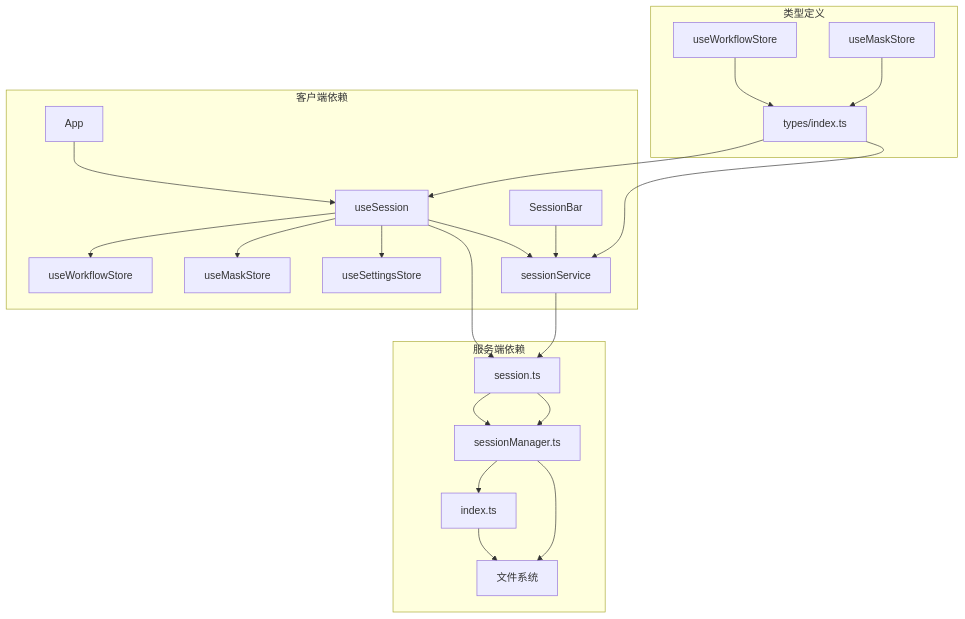
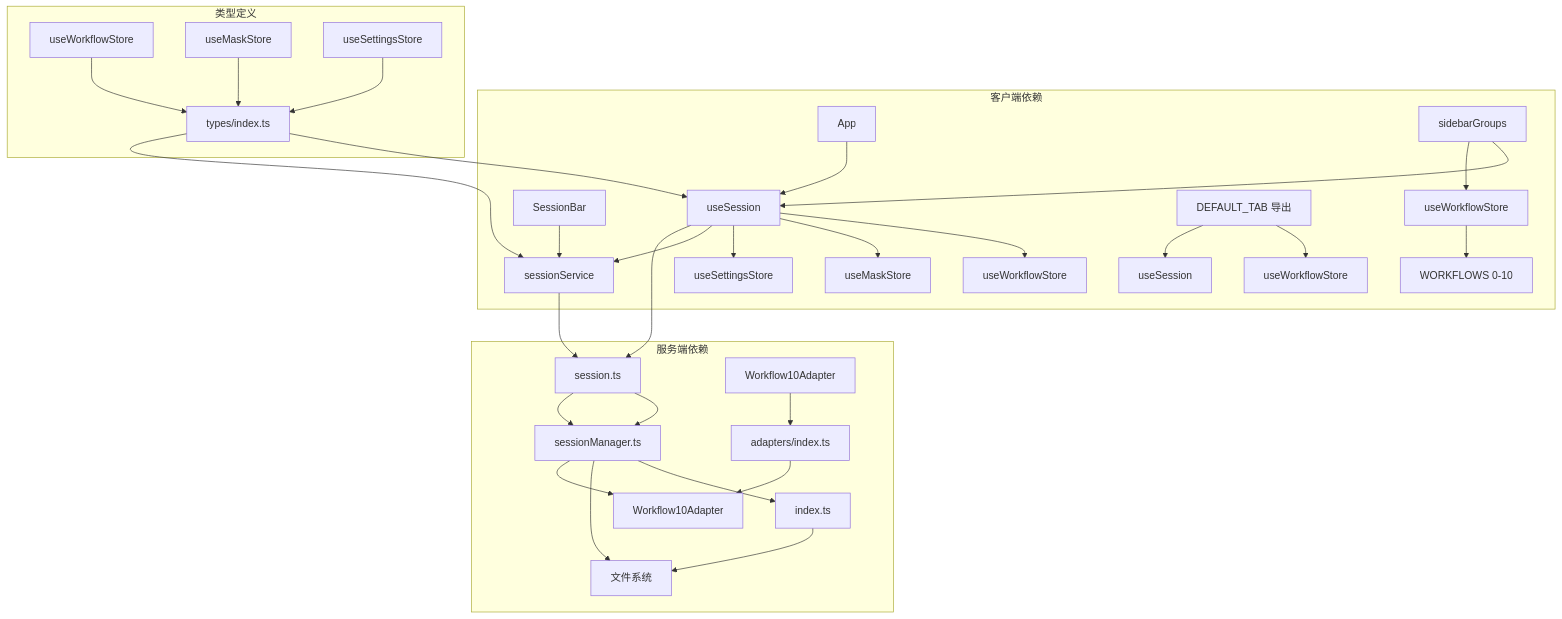
One commit to billye220670/CorineKit_Pix2Real changed the seventh of 7 diagrams in .qoder/repowiki/zh/content/前端应用/状态管理系统/会话状态管理.md. Above: the diagram before and after it, drawn with Mermaid. The commit also changed other lines of this file and 21 other files, not shown here.

````diff
--- a/.qoder/repowiki/zh/content/前端应用/状态管理系统/会话状态管理.md
+++ b/.qoder/repowiki/zh/content/前端应用/状态管理系统/会话状态管理.md
@@ -288,26 +364,35 @@
 ```mermaid
 graph TB
 subgraph "客户端依赖"
 A[useSession] --> B[useWorkflowStore]
 A --> C[useMaskStore]
 A --> D[useSettingsStore]
 A --> E[sessionService]
 F[SessionBar] --> E
 G[App] --> A
+H[useWorkflowStore] --> I[WORKFLOWS 0-10]
+J[sidebarGroups] --> A
+J --> H
+K[DEFAULT_TAB 导出] --> L[useWorkflowStore]
+K --> M[useSession]
 end
 subgraph "服务端依赖"
-H[session.ts] --> I[sessionManager.ts]
-I --> J[index.ts]
-J --> K[文件系统]
+N[session.ts] --> O[sessionManager.ts]
+O --> P[index.ts]
+P --> Q[文件系统]
+R[Workflow10Adapter] --> S[adapters/index.ts]
+S --> T[Workflow10Adapter]
 end
 subgraph "类型定义"
-L[types/index.ts] --> A
-L --> E
-M[useWorkflowStore] --> L
-N[useMaskStore] --> L
+U[types/index.ts] --> A
+U --> E
+V[useWorkflowStore] --> U
+W[useMaskStore] --> U
+X[useSettingsStore] --> U
 end
-A --> H
-E --> H
-H --> I
-I --> K
+A --> N
+E --> N
+N --> O
+O --> Q
+O --> T
 ```
````
